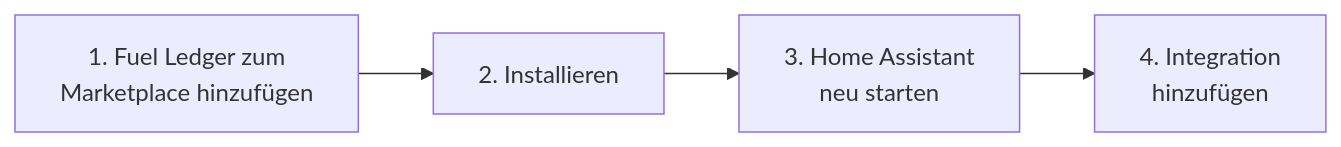
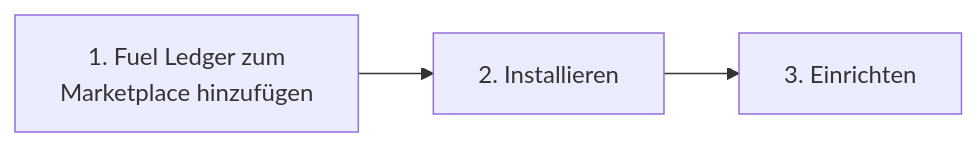
One commit to benep/fuel_ledger changed the diagram in docs/installation.de.md. Above: the diagram before and after it, drawn with Mermaid. The commit also changed other lines of this file and 2 other files, not shown here.

Commit message:
Installation in three steps: the Marketplace button first, then straight to the page of Fuel Ledger; the setup starts by itself after Install, no restart; added by hand, it is only under Custom repositories

````diff
--- a/docs/installation.de.md
+++ b/docs/installation.de.md
@@ -6,4 +6,4 @@
 ```mermaid
 flowchart LR
-    A["1. Fuel Ledger zum<br>Marketplace hinzufügen"] --> B["2. Installieren"] --> C["3. Home Assistant<br>neu starten"] --> D["4. Integration<br>hinzufügen"]
+    A["1. Fuel Ledger zum<br>Marketplace hinzufügen"] --> B["2. Installieren"] --> C["3. Einrichten"]
 ```
````
